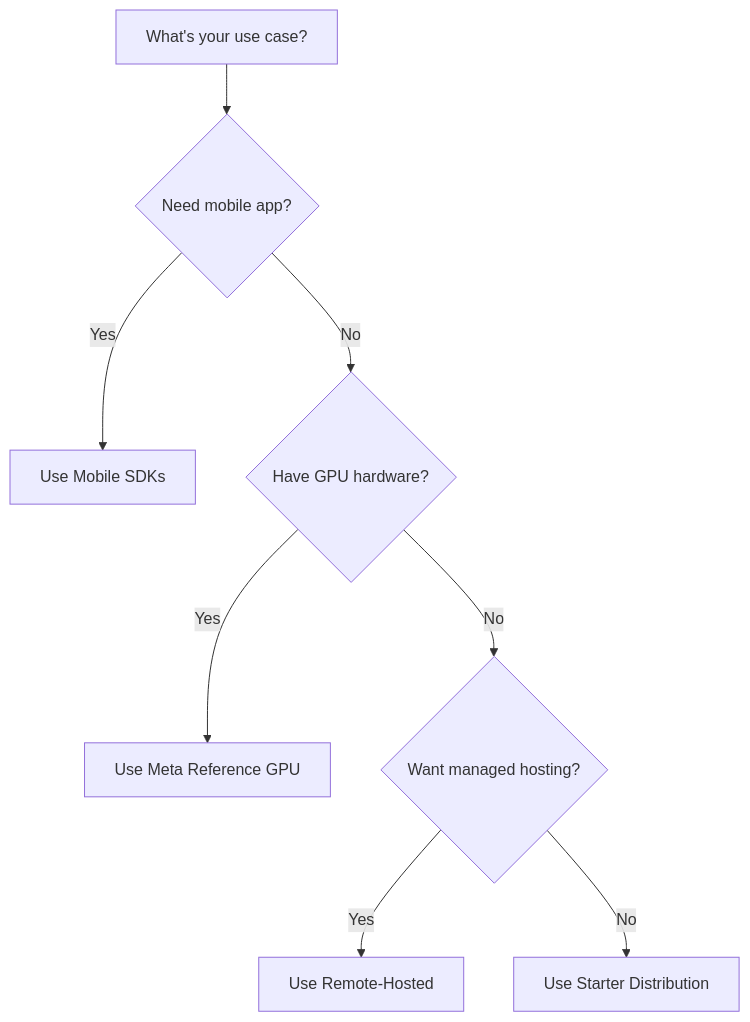
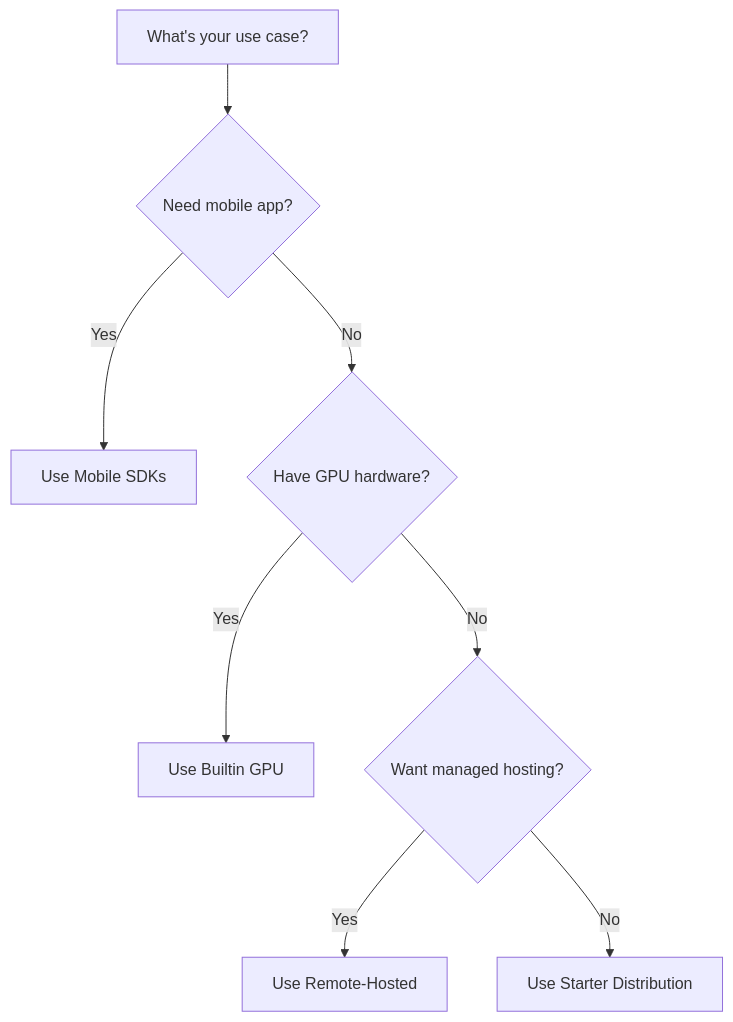
One commit to skamenan7/llama-stack changed the diagram in docs/docs/distributions/list_of_distributions.mdx. Above: the diagram before and after it, drawn with Mermaid. The commit also changed other lines of this file and 102 other files, not shown here.

First line of the commit message:
refactor!: rename meta-reference providers to builtin (#5131)

````diff
--- a/docs/docs/distributions/list_of_distributions.mdx
+++ b/docs/docs/distributions/list_of_distributions.mdx
@@ -115,10 +115,10 @@
 ```mermaid
 graph TD
     A[What's your use case?] --> B{Need mobile app?}
     B -->|Yes| C[Use Mobile SDKs]
     B -->|No| D{Have GPU hardware?}
-    D -->|Yes| E[Use Meta Reference GPU]
+    D -->|Yes| E[Use Builtin GPU]
     D -->|No| F{Want managed hosting?}
     F -->|Yes| G[Use Remote-Hosted]
     F -->|No| H[Use Starter Distribution]
 ```
````
